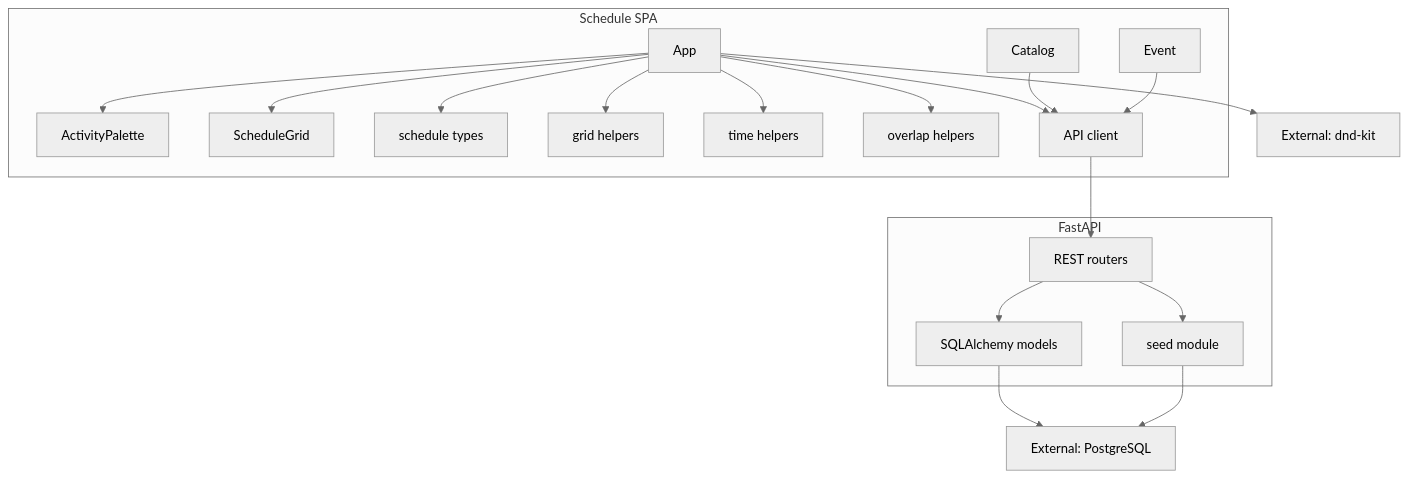
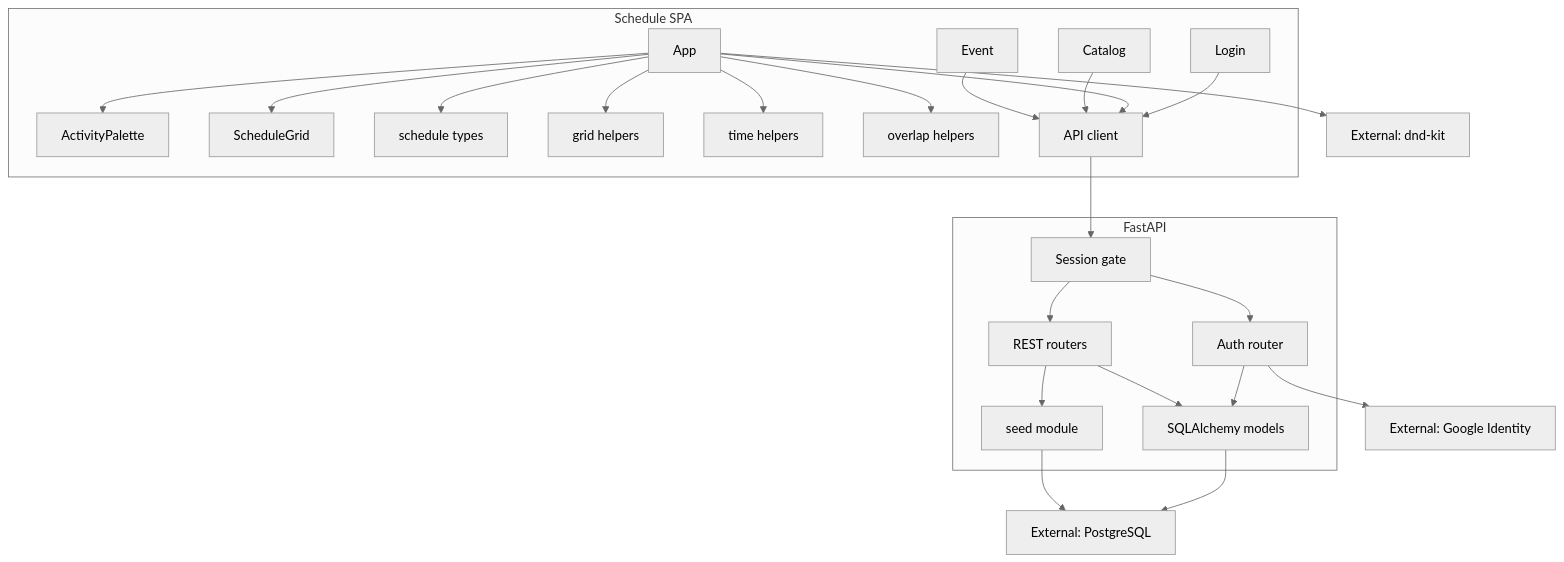
Before and after one commit to tri2k/room-allocations-demo: the diagram in docs/c4/component.md, drawn with Mermaid. The commit also changed other lines of this file and 29 other files, not shown here.

First line of the commit message:
feat: add Google sign-in and session gate (#5)

````diff
--- a/docs/c4/component.md
+++ b/docs/c4/component.md
@@ -5,38 +5,47 @@
 ```mermaid
 %%{init: {"theme": "neutral"}}%%
 flowchart TB
   subgraph spa [Schedule SPA]
+    login["Login"]
     app["App"]
     catalog["Catalog"]
     eventPage["Event"]
     palette["ActivityPalette"]
     grid["ScheduleGrid"]
     types["schedule types"]
     libGrid["grid helpers"]
     libTime["time helpers"]
     libOverlap["overlap helpers"]
     libApi["API client"]
   end
   subgraph api [FastAPI]
+    gate["Session gate"]
+    authRouter["Auth router"]
     routers["REST routers"]
     models["SQLAlchemy models"]
     seedMod["seed module"]
   end
   dndKit["External: dnd-kit"]
+  google["External: Google Identity"]
   postgres["External: PostgreSQL"]
+  login --> libApi
   app --> palette
   app --> grid
   app --> libGrid
   app --> libTime
   app --> libOverlap
   app --> libApi
   app --> types
   app --> dndKit
   catalog --> libApi
   eventPage --> libApi
-  libApi --> routers
+  libApi --> gate
+  gate --> authRouter
+  gate --> routers
+  authRouter --> google
+  authRouter --> models
   routers --> models
   routers --> seedMod
   models --> postgres
   seedMod --> postgres
 ```
````
